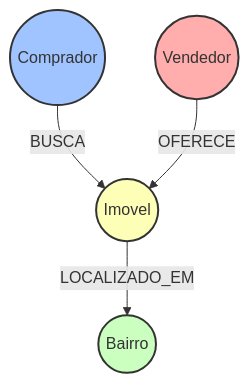
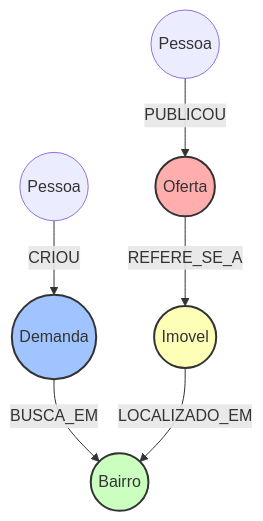
Before and after one commit to PedroCrqs/sentinel_bot: the second of 2 diagrams in docs/roadmap.md, drawn with Mermaid. The commit also changed 6 other files, not shown here.

Commit message:
refactor(graph): remove legacy message property projection

````diff
--- a/docs/roadmap.md
+++ b/docs/roadmap.md
@@ -37,11 +37,13 @@
 ```mermaid
 graph TD
-    Comprador((Comprador)) -->|BUSCA| Imovel((Imovel))
-    Imovel -->|LOCALIZADO_EM| Bairro((Bairro))
-    Vendedor((Vendedor)) -->|OFERECE| Imovel
+    Comprador((Pessoa)) -->|CRIOU| Demanda((Demanda))
+    Demanda -->|BUSCA_EM| Bairro((Bairro))
+    Vendedor((Pessoa)) -->|PUBLICOU| Oferta((Oferta))
+    Oferta -->|REFERE_SE_A| Imovel((Imovel))
+    Imovel -->|LOCALIZADO_EM| Bairro
   
-    style Comprador fill:#a0c4ff,stroke:#333,stroke-width:2px
-    style Vendedor fill:#ffadad,stroke:#333,stroke-width:2px
+    style Demanda fill:#a0c4ff,stroke:#333,stroke-width:2px
+    style Oferta fill:#ffadad,stroke:#333,stroke-width:2px
     style Imovel fill:#fdffb6,stroke:#333,stroke-width:2px
     style Bairro fill:#caffbf,stroke:#333,stroke-width:2px
 ```
````
